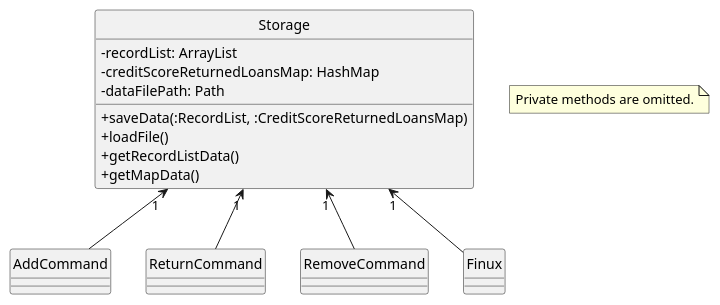
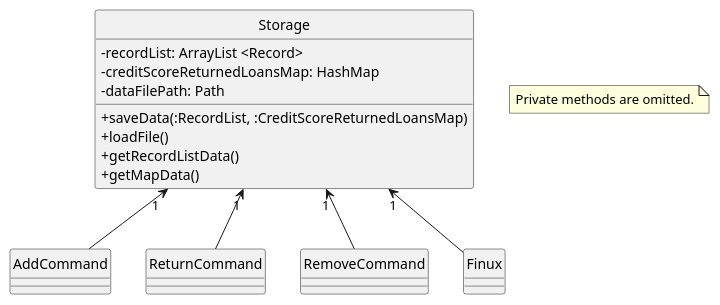
One commit to nus-cs2113-AY2021S2/tp changed the diagram in docs/diagrams/StorageClassDiagram.puml. Above: the diagram before and after it, drawn with PlantUML. The commit also changed 1 other file, not shown here.

```diff
--- a/docs/diagrams/StorageClassDiagram.puml
+++ b/docs/diagrams/StorageClassDiagram.puml
@@ -1,32 +1,32 @@
 @startuml
 'https://plantuml.com/sequence-diagram
 skinparam classAttributeIconSize 0
 hide circle
 
 
 class Storage {
-- recordList: ArrayList
+- recordList: ArrayList <Record>
 - creditScoreReturnedLoansMap: HashMap
 - dataFilePath: Path
 + saveData(:RecordList, :CreditScoreReturnedLoansMap)
 + loadFile()
 + getRecordListData()
 + getMapData()
 }
 
 note "Private methods are omitted." as N1
 
 class AddCommand {
 }
 
 class ReturnCommand {
 }
 
 class RemoveCommand {
 }
 
 Storage"1" <-- Finux
 Storage"1" <-- AddCommand
 Storage"1" <-- ReturnCommand
 Storage"1" <-- RemoveCommand
 @enduml
```
